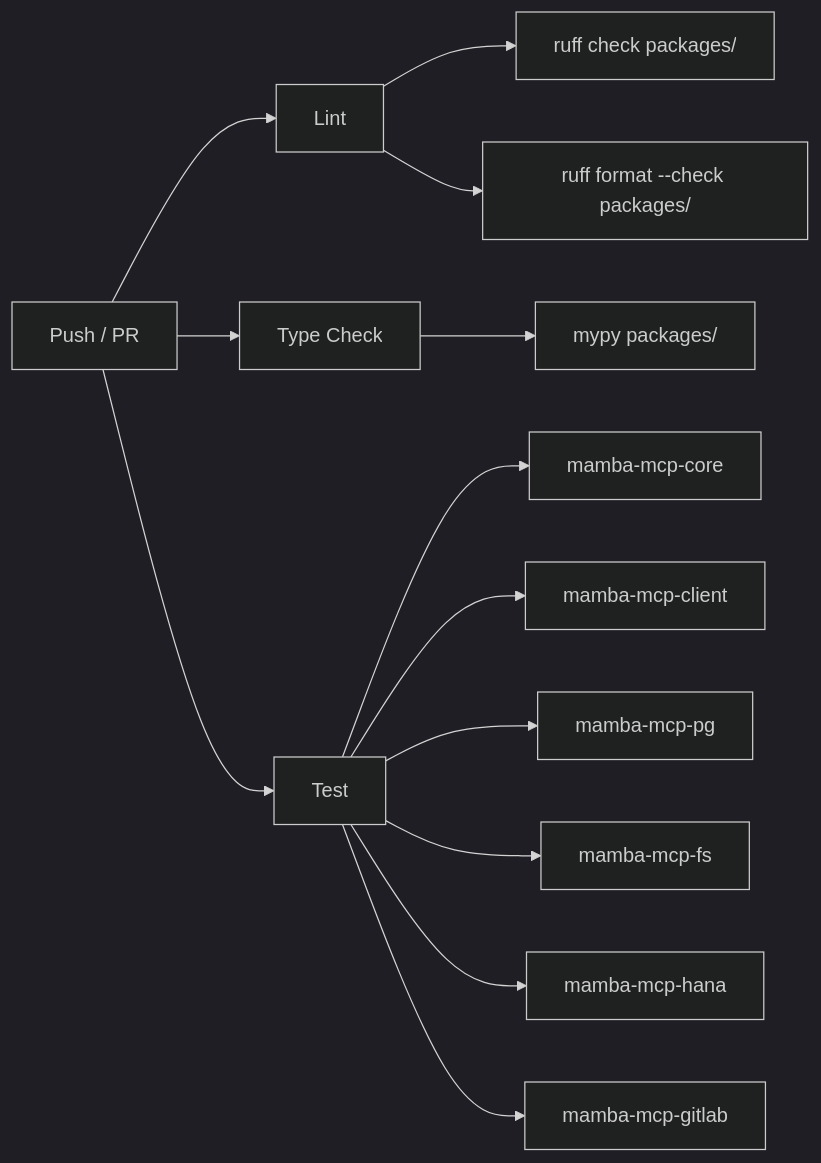
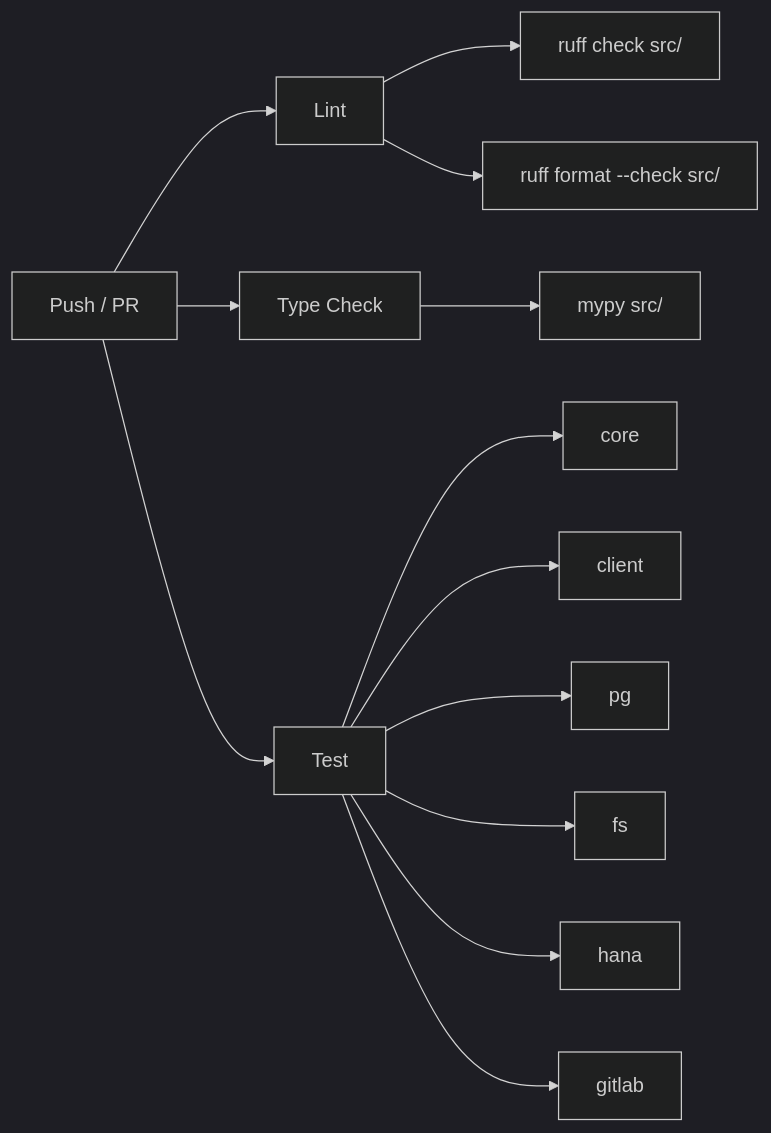
Before and after one commit to sequenzia/mamba-mcp: the diagram in docs/development.md, drawn with Mermaid (dark theme). The commit also changed other lines of this file and 227 other files, not shown here.

First line of the commit message:
feat(build): consolidate 6 packages into single mamba-mcp with extras

````diff
--- a/docs/development.md
+++ b/docs/development.md
@@ -191,18 +190,18 @@
 ```mermaid
 graph LR
     Push[Push / PR] --> Lint
     Push --> TypeCheck[Type Check]
     Push --> Test
 
-    Lint --> L1[ruff check packages/]
-    Lint --> L2[ruff format --check packages/]
+    Lint --> L1[ruff check src/]
+    Lint --> L2[ruff format --check src/]
 
-    TypeCheck --> T1[mypy packages/]
+    TypeCheck --> T1[mypy src/]
 
-    Test --> M1[mamba-mcp-core]
-    Test --> M2[mamba-mcp-client]
-    Test --> M3[mamba-mcp-pg]
-    Test --> M4[mamba-mcp-fs]
-    Test --> M5[mamba-mcp-hana]
-    Test --> M6[mamba-mcp-gitlab]
+    Test --> M1[core]
+    Test --> M2[client]
+    Test --> M3[pg]
+    Test --> M4[fs]
+    Test --> M5[hana]
+    Test --> M6[gitlab]
 ```
````
